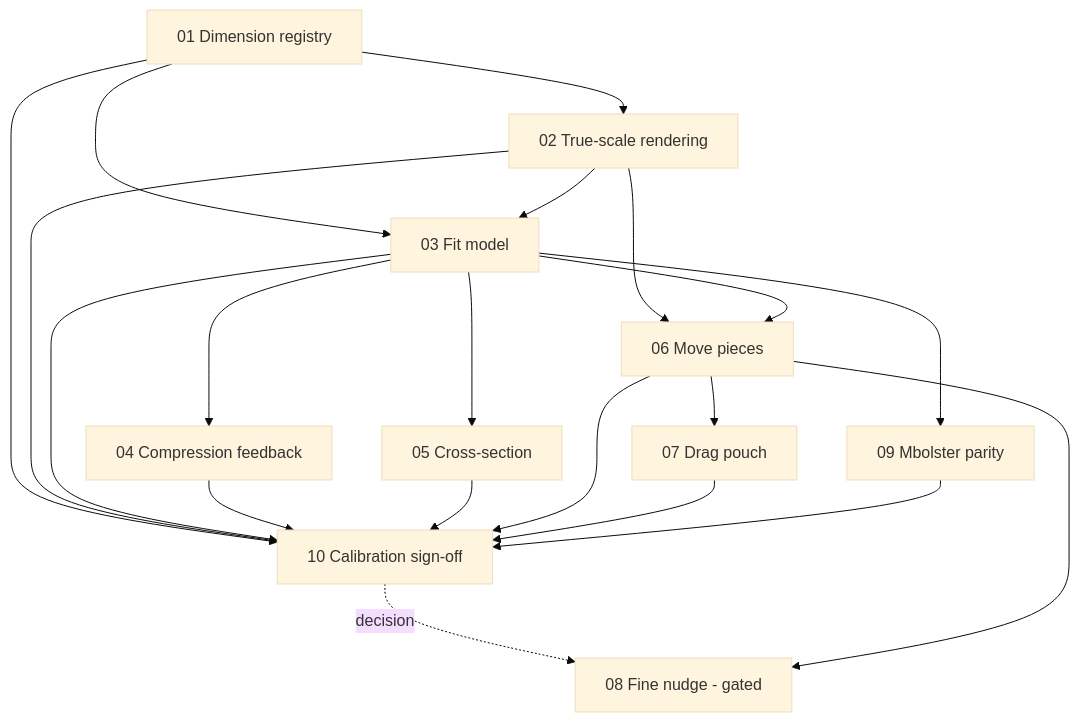
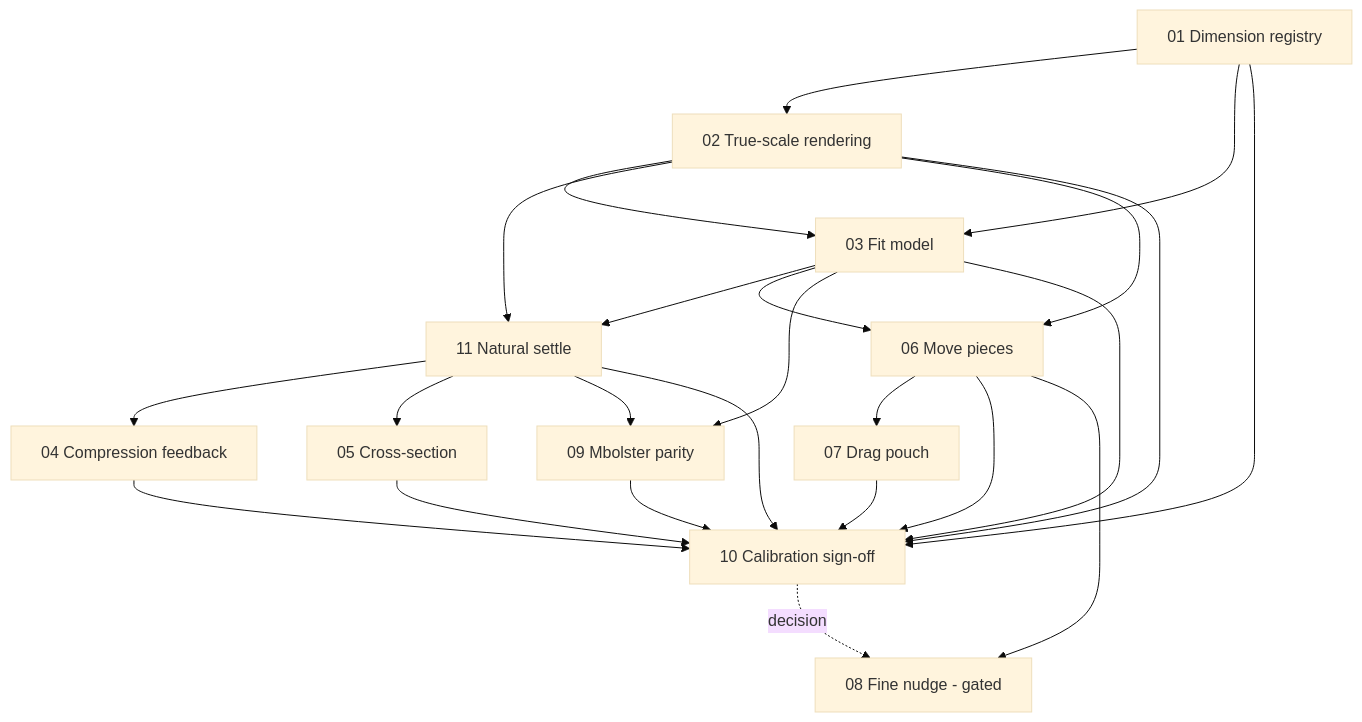
Before and after one commit to ivanyeors/mp: the diagram in .claude/PRD-xray-pillow-ux/issues/README.md, drawn with Mermaid (base theme). The commit also changed other lines of this file and 15 other files, not shown here.

First line of the commit message:
docs(prd): x-ray UX — natural settle (slice 11, #212)

````diff
--- a/.claude/PRD-xray-pillow-ux/issues/README.md
+++ b/.claude/PRD-xray-pillow-ux/issues/README.md
@@ -26,33 +27,38 @@
 ```mermaid
 graph TD
   s01[01 Dimension registry]
   s02[02 True-scale rendering]
   s03[03 Fit model]
   s04[04 Compression feedback]
   s05[05 Cross-section]
   s06[06 Move pieces]
   s07[07 Drag pouch]
   s08[08 Fine nudge - gated]
   s09[09 Mbolster parity]
   s10[10 Calibration sign-off]
+  s11[11 Natural settle]
 
   s01 --> s02
   s01 --> s03
   s02 --> s03
-  s03 --> s04
-  s03 --> s05
+  s02 --> s11
+  s03 --> s11
+  s11 --> s04
+  s11 --> s05
+  s11 --> s09
+  s11 --> s10
   s02 --> s06
   s03 --> s06
   s06 --> s07
   s03 --> s09
   s01 --> s10
   s02 --> s10
   s03 --> s10
   s04 --> s10
   s05 --> s10
   s06 --> s10
   s07 --> s10
   s09 --> s10
   s10 -. decision .-> s08
   s06 --> s08
 ```
````
